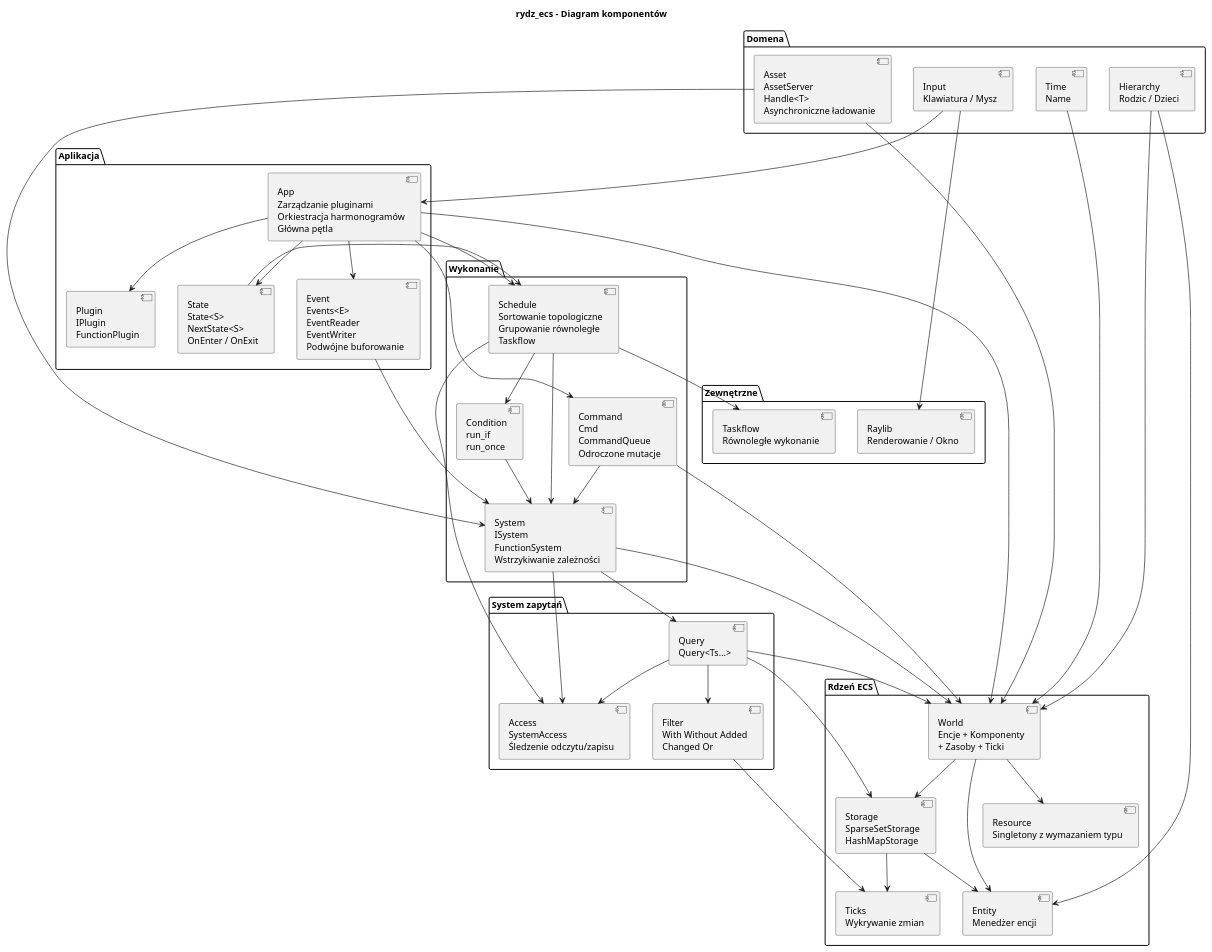
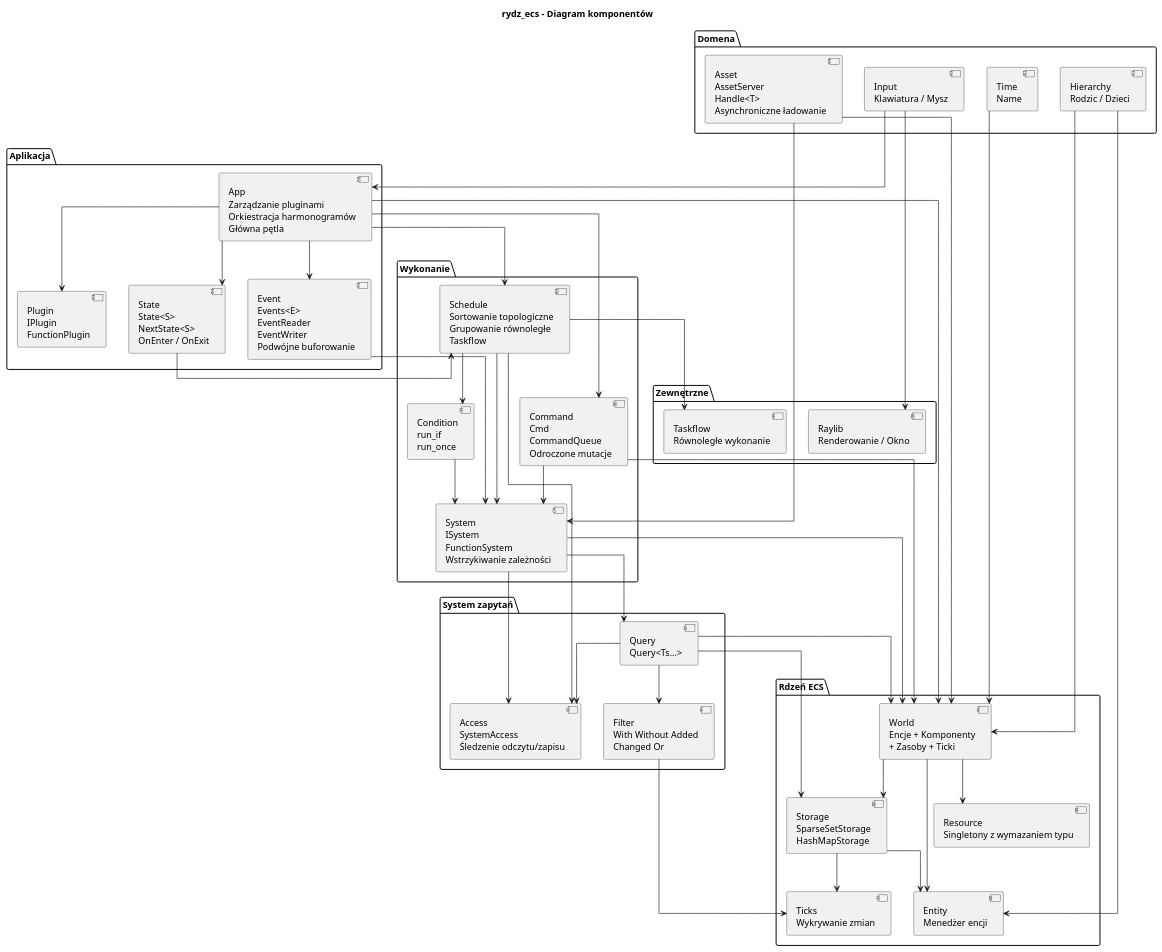
The second of 8 diagrams in doc/ARCH.puml (jkopano/rydz), drawn with PlantUML before and after one commit. The commit also changed other lines of this file and 25 other files, not shown here.

```diff
--- a/doc/ARCH.puml
+++ b/doc/ARCH.puml
@@ -1,85 +22,86 @@
 @startuml component
+skinparam linetype ortho
 title rydz_ecs - Diagram komponentów
 
 package "Rdzeń ECS" {
   [Entity\nMenedżer encji] as Entity
   [Storage\nSparseSetStorage\nHashMapStorage] as Storage
   [World\nEncje + Komponenty\n+ Zasoby + Ticki] as World
   [Resource\nSingletony z wymazaniem typu] as Resource
   [Ticks\nWykrywanie zmian] as Ticks
 }
 
 package "System zapytań" {
   [Query\nQuery<Ts...>] as Query
   [Filter\nWith Without Added\nChanged Or] as Filter
   [Access\nSystemAccess\nŚledzenie odczytu/zapisu] as Access
 }
 
 package "Wykonanie" {
   [System\nISystem\nFunctionSystem\nWstrzykiwanie zależności] as System
   [Schedule\nSortowanie topologiczne\nGrupowanie równoległe\nTaskflow] as Schedule
   [Condition\nrun_if\nrun_once] as Condition
   [Command\nCmd\nCommandQueue\nOdroczone mutacje] as Command
 }
 
 package "Aplikacja" {
   [App\nZarządzanie pluginami\nOrkiestracja harmonogramów\nGłówna pętla] as App
   [Plugin\nIPlugin\nFunctionPlugin] as Plugin
   [State\nState<S>\nNextState<S>\nOnEnter / OnExit] as State
   [Event\nEvents<E>\nEventReader\nEventWriter\nPodwójne buforowanie] as Event
 }
 
 package "Domena" {
   [Input\nKlawiatura / Mysz] as Input
   [Asset\nAssetServer\nHandle<T>\nAsynchroniczne ładowanie] as Asset
   [Hierarchy\nRodzic / Dzieci] as Hierarchy
   [Time\nName] as CoreTypes
 }
 
 package "Zewnętrzne" {
   [Raylib\nRenderowanie / Okno] as Raylib
   [Taskflow\nRównoległe wykonanie] as Taskflow
 }
 
 World --> Entity
 World --> Storage
 World --> Resource
 Storage --> Ticks
 Storage --> Entity
 
 Query --> Storage
 Query --> Filter
 Query --> Access
 Query --> World
 Filter --> Ticks
 
 System --> Query
 System --> Access
 System --> World
 Command --> World
 Command --> System
 
 Schedule --> System
 Schedule --> Condition
 Schedule --> Access
 Schedule --> Taskflow
 Condition --> System
 
 App --> Schedule
 App --> World
 App --> Plugin
 App --> Command
 App --> Event
 App --> State
 
 State --> Schedule
 Event --> System
 
 Input --> App
 Input --> Raylib
 Asset --> World
 Asset --> System
 Hierarchy --> Entity
 Hierarchy --> World
 CoreTypes --> World
 @enduml
```
